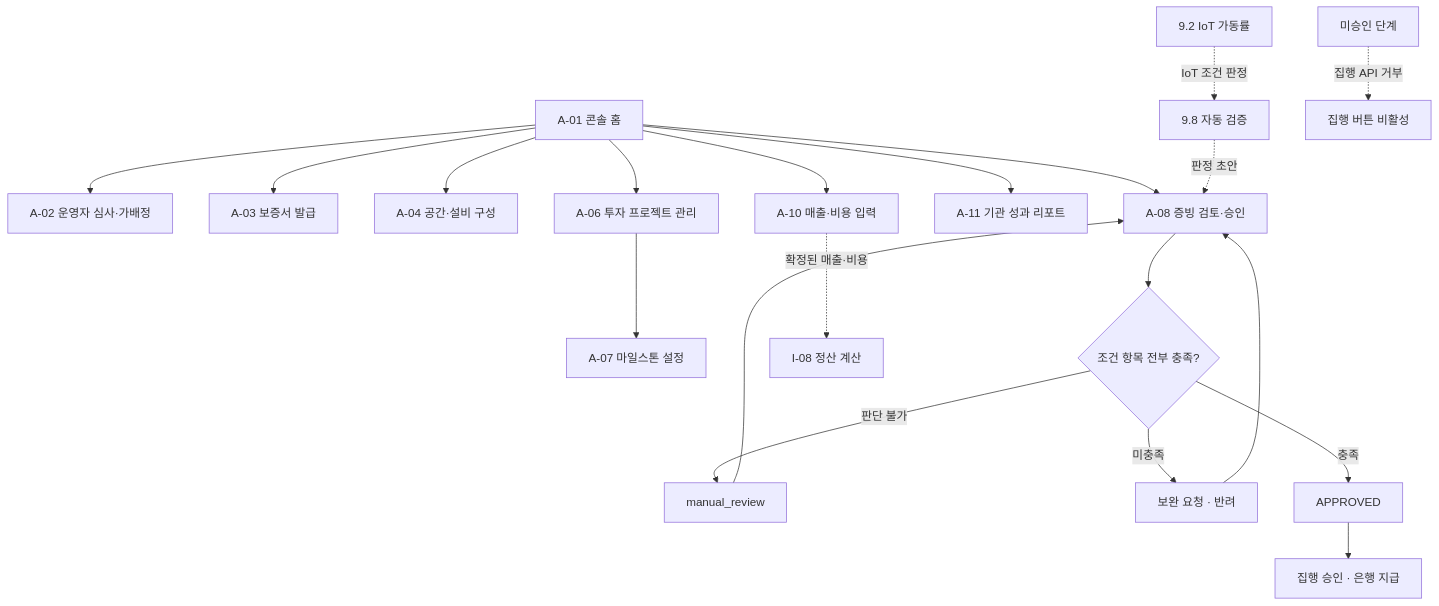
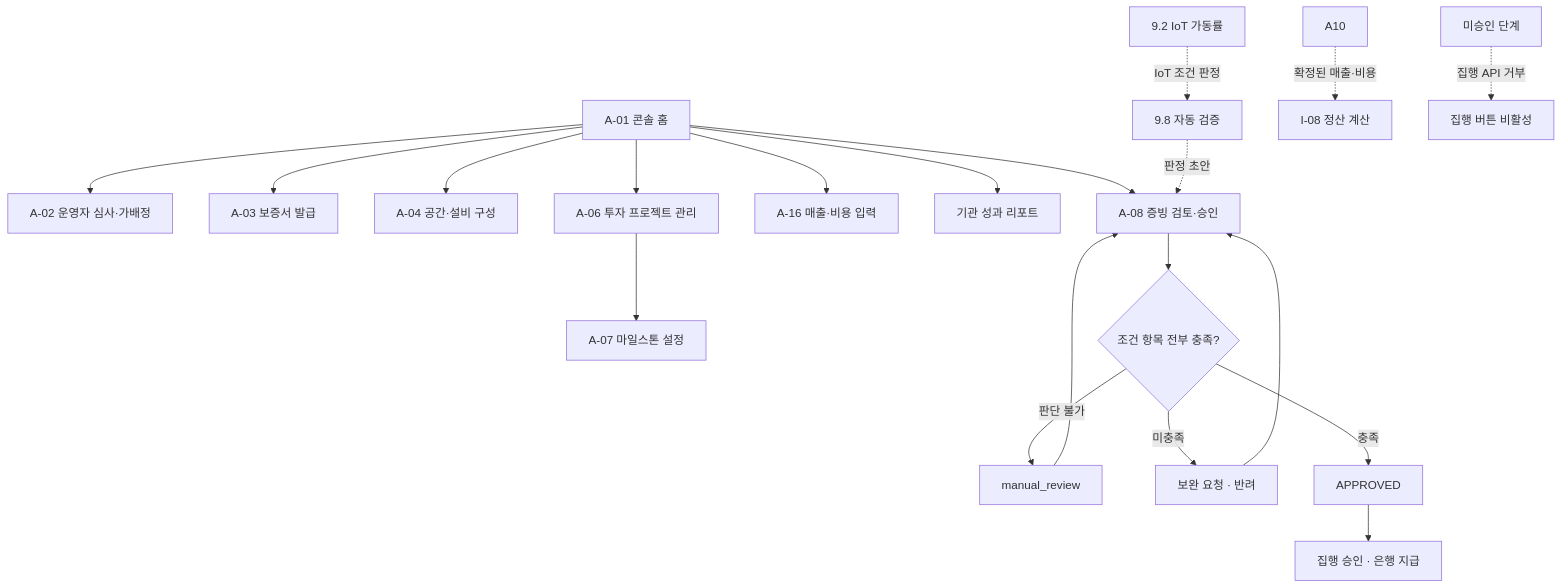
Before and after one commit to taejeong0416/farmfi: the fourth of 4 diagrams in docs/feature-spec.md, drawn with Mermaid. The commit also changed other lines of this file and 2 other files, not shown here.

````diff
--- a/docs/feature-spec.md
+++ b/docs/feature-spec.md
@@ -256,22 +287,22 @@
 ```mermaid
 flowchart TD
   A01["A-01 콘솔 홈"] --> A02["A-02 운영자 심사·가배정"]
   A01 --> A03["A-03 보증서 발급"]
   A01 --> A04["A-04 공간·설비 구성"]
   A01 --> A06["A-06 투자 프로젝트 관리"]
   A06 --> A07["A-07 마일스톤 설정"]
-  A01 --> A10["A-10 매출·비용 입력"]
-  A01 --> A11["A-11 기관 성과 리포트"]
+  A01 --> A16["A-16 매출·비용 입력"]
+  A01 --> RPT["기관 성과 리포트"]
   A01 --> A08["A-08 증빙 검토·승인"]
   AUTO["9.8 자동 검증"] -.->|판정 초안| A08
   IOT["9.2 IoT 가동률"] -.->|IoT 조건 판정| AUTO
   A08 --> Q1{"조건 항목 전부 충족?"}
   Q1 -->|판단 불가| MR["manual_review"]
   MR --> A08
   Q1 -->|미충족| REV["보완 요청 · 반려"]
   REV --> A08
   Q1 -->|충족| APP["APPROVED"]
   APP --> EXEC["집행 승인 · 은행 지급"]
   A10 -.->|확정된 매출·비용| SET["I-08 정산 계산"]
   NOAPP["미승인 단계"] -.->|집행 API 거부| BLOCK["집행 버튼 비활성"]
 ```
````
